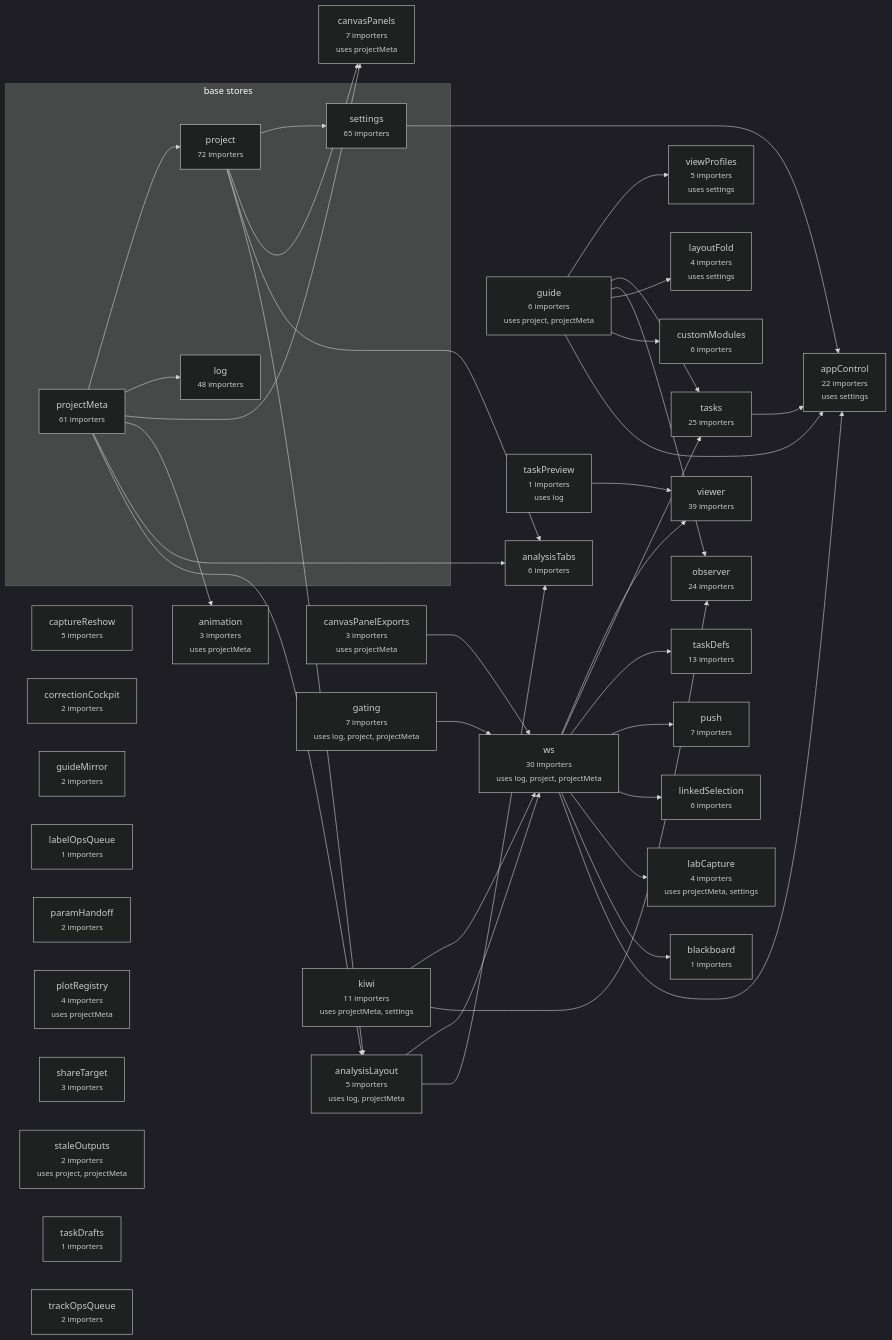
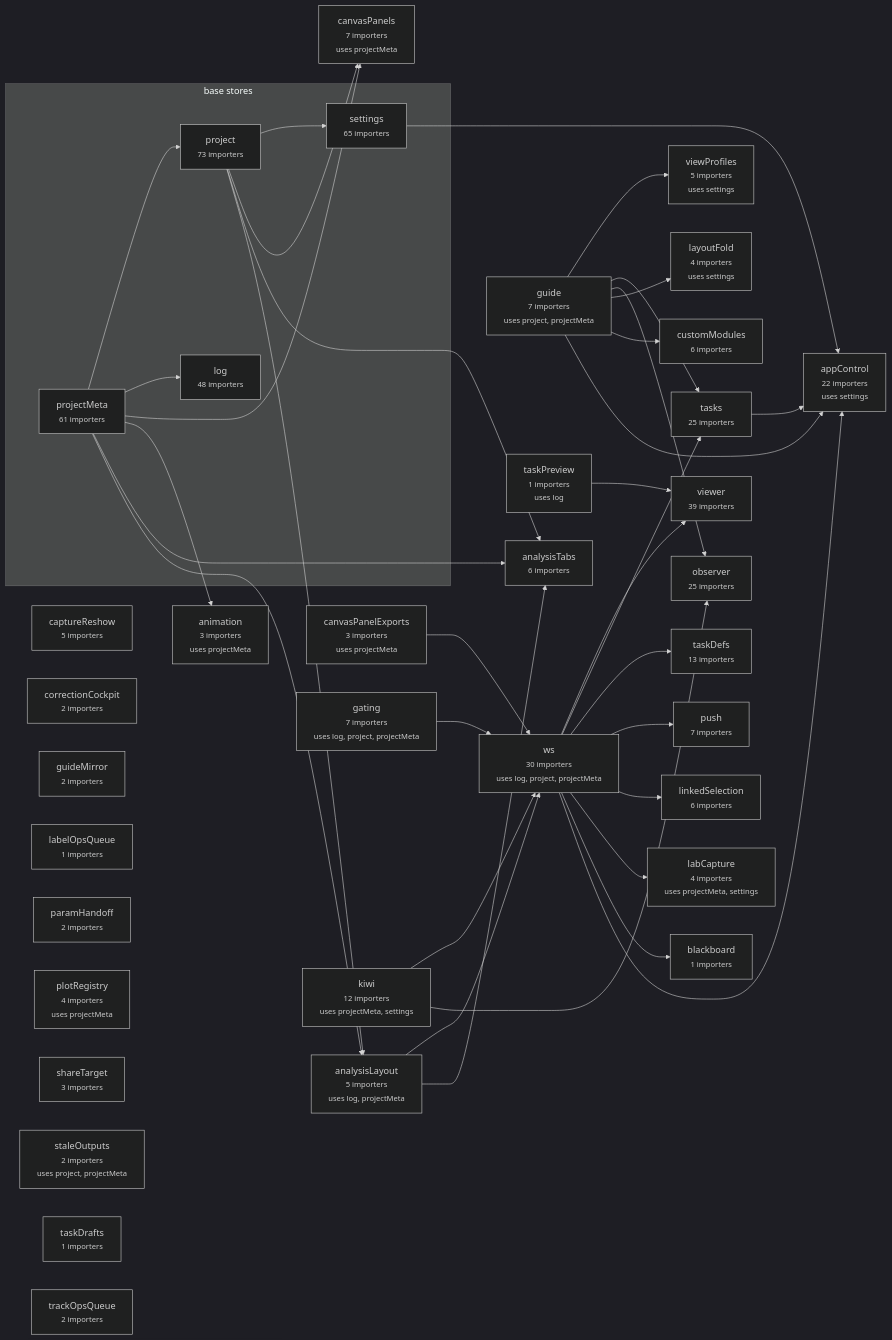
Before and after one commit to schienstockd/cecelia: the diagram in docs/architecture/vue/stores.md, drawn with Mermaid (dark theme). The commit also changed other lines of this file and 30 other files, not shown here.

````diff
--- a/docs/architecture/vue/stores.md
+++ b/docs/architecture/vue/stores.md
@@ -12,74 +12,74 @@
 ```mermaid
 flowchart LR
   subgraph BASE["base stores"]
     log["log<br/><small>48 importers</small>"]
-    project["project<br/><small>72 importers</small>"]
+    project["project<br/><small>73 importers</small>"]
     projectMeta["projectMeta<br/><small>61 importers</small>"]
     settings["settings<br/><small>65 importers</small>"]
   end
   analysisLayout["analysisLayout<br/><small>5 importers</small><br/><small>uses log, projectMeta</small>"]
   analysisTabs["analysisTabs<br/><small>6 importers</small>"]
   animation["animation<br/><small>3 importers</small><br/><small>uses projectMeta</small>"]
   appControl["appControl<br/><small>22 importers</small><br/><small>uses settings</small>"]
   blackboard["blackboard<br/><small>1 importers</small>"]
   canvasPanelExports["canvasPanelExports<br/><small>3 importers</small><br/><small>uses projectMeta</small>"]
   canvasPanels["canvasPanels<br/><small>7 importers</small><br/><small>uses projectMeta</small>"]
   captureReshow["captureReshow<br/><small>5 importers</small>"]
   correctionCockpit["correctionCockpit<br/><small>2 importers</small>"]
   customModules["customModules<br/><small>6 importers</small>"]
   gating["gating<br/><small>7 importers</small><br/><small>uses log, project, projectMeta</small>"]
-  guide["guide<br/><small>6 importers</small><br/><small>uses project, projectMeta</small>"]
+  guide["guide<br/><small>7 importers</small><br/><small>uses project, projectMeta</small>"]
   guideMirror["guideMirror<br/><small>2 importers</small>"]
-  kiwi["kiwi<br/><small>11 importers</small><br/><small>uses projectMeta, settings</small>"]
+  kiwi["kiwi<br/><small>12 importers</small><br/><small>uses projectMeta, settings</small>"]
   labCapture["labCapture<br/><small>4 importers</small><br/><small>uses projectMeta, settings</small>"]
   labelOpsQueue["labelOpsQueue<br/><small>1 importers</small>"]
   layoutFold["layoutFold<br/><small>4 importers</small><br/><small>uses settings</small>"]
   linkedSelection["linkedSelection<br/><small>6 importers</small>"]
-  observer["observer<br/><small>24 importers</small>"]
+  observer["observer<br/><small>25 importers</small>"]
   paramHandoff["paramHandoff<br/><small>2 importers</small>"]
   plotRegistry["plotRegistry<br/><small>4 importers</small><br/><small>uses projectMeta</small>"]
   push["push<br/><small>7 importers</small>"]
   shareTarget["shareTarget<br/><small>3 importers</small>"]
   staleOutputs["staleOutputs<br/><small>2 importers</small><br/><small>uses project, projectMeta</small>"]
   taskDefs["taskDefs<br/><small>13 importers</small>"]
   taskDrafts["taskDrafts<br/><small>1 importers</small>"]
   taskPreview["taskPreview<br/><small>1 importers</small><br/><small>uses log</small>"]
   tasks["tasks<br/><small>25 importers</small>"]
   trackOpsQueue["trackOpsQueue<br/><small>2 importers</small>"]
   viewProfiles["viewProfiles<br/><small>5 importers</small><br/><small>uses settings</small>"]
   viewer["viewer<br/><small>39 importers</small>"]
   ws["ws<br/><small>30 importers</small><br/><small>uses log, project, projectMeta</small>"]
   analysisLayout --> analysisTabs
   analysisLayout --> ws
   canvasPanelExports --> ws
   gating --> ws
   guide --> appControl
   guide --> customModules
   guide --> layoutFold
   guide --> observer
   guide --> tasks
   guide --> viewProfiles
   kiwi --> observer
   kiwi --> ws
   project --> analysisLayout
   project --> analysisTabs
   project --> canvasPanels
   project --> settings
   projectMeta --> analysisLayout
   projectMeta --> analysisTabs
   projectMeta --> animation
   projectMeta --> canvasPanels
   projectMeta --> log
   projectMeta --> project
   settings --> appControl
   taskPreview --> viewer
   tasks --> appControl
   ws --> appControl
   ws --> blackboard
   ws --> labCapture
   ws --> linkedSelection
   ws --> push
   ws --> taskDefs
   ws --> tasks
   ws --> viewer
 ```
````
